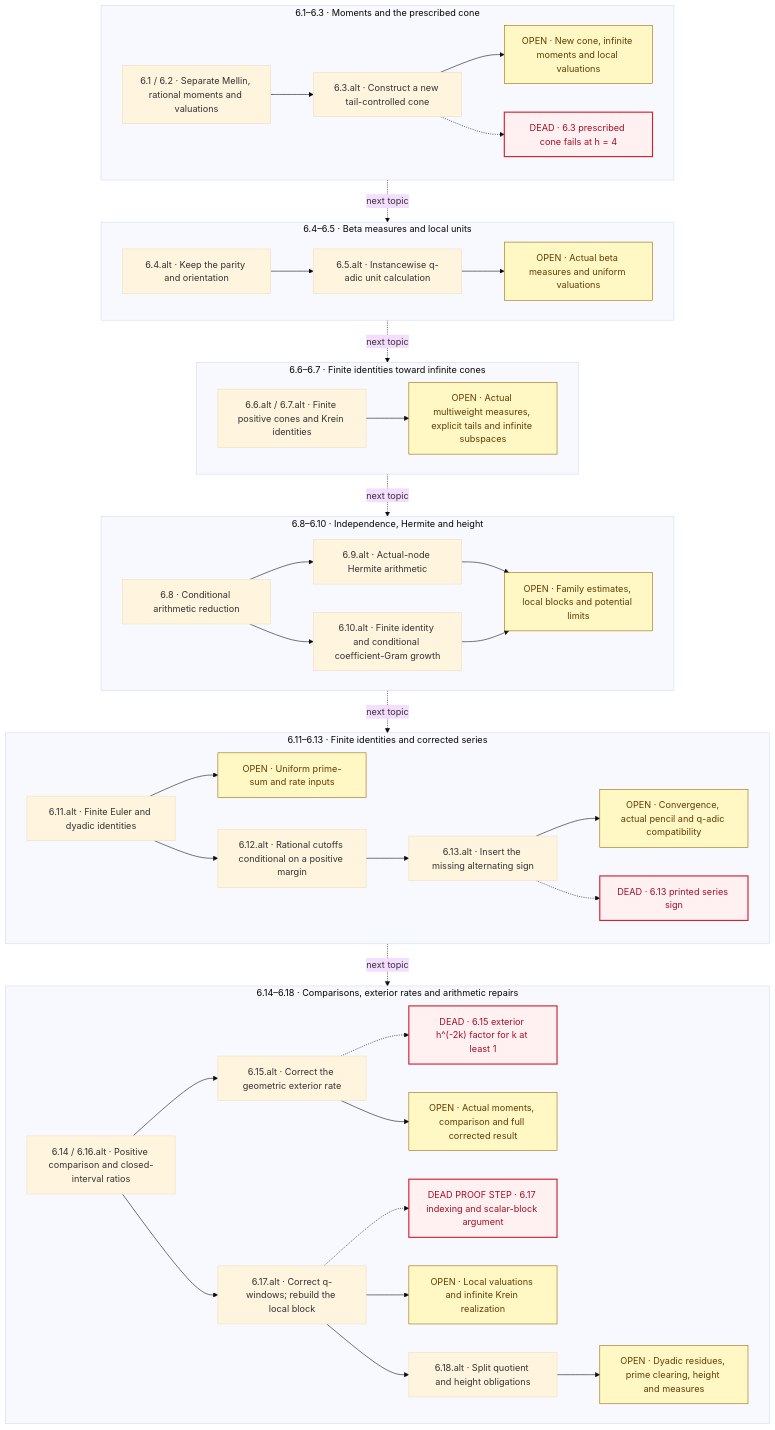
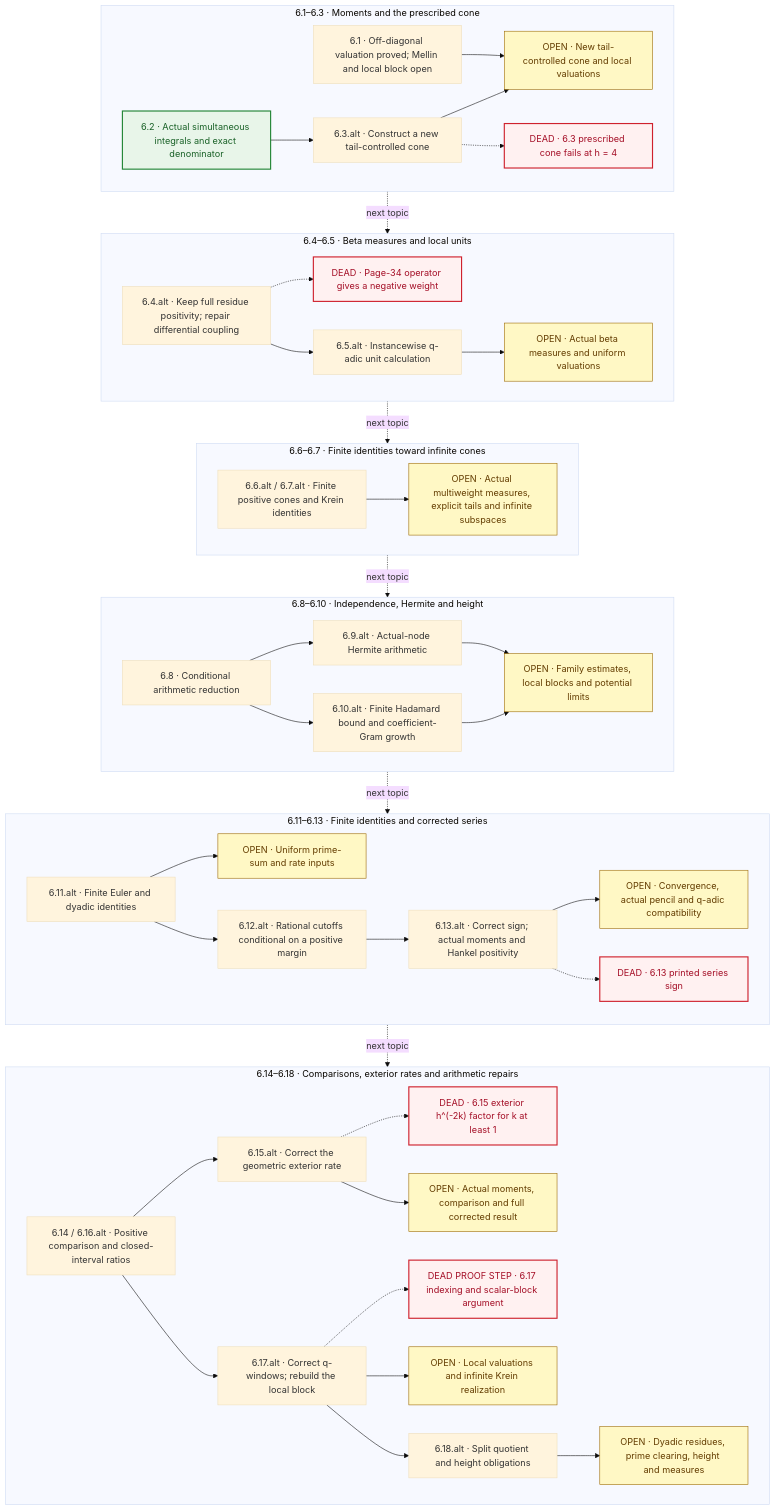
One commit to randogelist/zetahyperbolic-axiom changed the ninth of 10 diagrams in README.md. Above: the diagram before and after it, drawn with Mermaid (base theme). The commit also changed other lines of this file and 28 other files, not shown here.

Commit message:
Record verified 260-module audit and complete manuscript theorem roadmap

````diff
--- a/README.md
+++ b/README.md
@@ -417,19 +431,23 @@
 ```mermaid
 flowchart TD
     subgraph MOMENTS["6.1–6.3 · Moments and the prescribed cone"]
-        R61["6.1 / 6.2 · Separate Mellin, rational moments and valuations"]
+        R61["6.1 · Off-diagonal valuation proved; Mellin and local block open"]
+        R62["6.2 · Actual simultaneous integrals and exact denominator"]
         R63["6.3.alt · Construct a new tail-controlled cone"]
-        O63["OPEN · New cone, infinite moments and local valuations"]
+        O63["OPEN · New tail-controlled cone and local valuations"]
         D63["DEAD · 6.3 prescribed cone fails at h = 4"]
-        R61 --> R63
+        R62 --> R63
+        R61 --> O63
         R63 --> O63
         R63 -.-> D63
     end
 
     subgraph BETA["6.4–6.5 · Beta measures and local units"]
-        R64["6.4.alt · Keep the parity and orientation"]
+        R64["6.4.alt · Keep full residue positivity; repair differential coupling"]
+        D64["DEAD · Page-34 operator gives a negative weight"]
         R65["6.5.alt · Instancewise q-adic unit calculation"]
         O65["OPEN · Actual beta measures and uniform valuations"]
+        R64 -.-> D64
         R64 --> R65
         R65 --> O65
     end
@@ -443,7 +461,7 @@
     subgraph ARITHMETIC["6.8–6.10 · Independence, Hermite and height"]
         R68["6.8 · Conditional arithmetic reduction"]
         R69["6.9.alt · Actual-node Hermite arithmetic"]
-        R610["6.10.alt · Finite identity and conditional coefficient-Gram growth"]
+        R610["6.10.alt · Finite Hadamard bound and coefficient-Gram growth"]
         O610["OPEN · Family estimates, local blocks and potential limits"]
         R68 --> R69
         R68 --> R610
@@ -455,7 +473,7 @@
         R611["6.11.alt · Finite Euler and dyadic identities"]
         O611["OPEN · Uniform prime-sum and rate inputs"]
         R612["6.12.alt · Rational cutoffs conditional on a positive margin"]
-        R613["6.13.alt · Insert the missing alternating sign"]
+        R613["6.13.alt · Correct sign; actual moments and Hankel positivity"]
         O613["OPEN · Convergence, actual pencil and q-adic compatibility"]
         D613["DEAD · 6.13 printed series sign"]
         R611 --> O611
@@ -493,6 +511,8 @@
 
     classDef dead fill:#fff1f1,stroke:#cf222e,color:#a40e26,stroke-width:2px;
     classDef open fill:#fff8c5,stroke:#9a6700,color:#633c01;
-    class D63,D613,D615,D617 dead;
+    classDef verified fill:#e8f5e9,stroke:#238636,color:#196127,stroke-width:2px;
+    class R62 verified;
+    class D63,D64,D613,D615,D617 dead;
     class O63,O65,O67,O610,O611,O613,O615,O617,O618 open;
 ```
````
